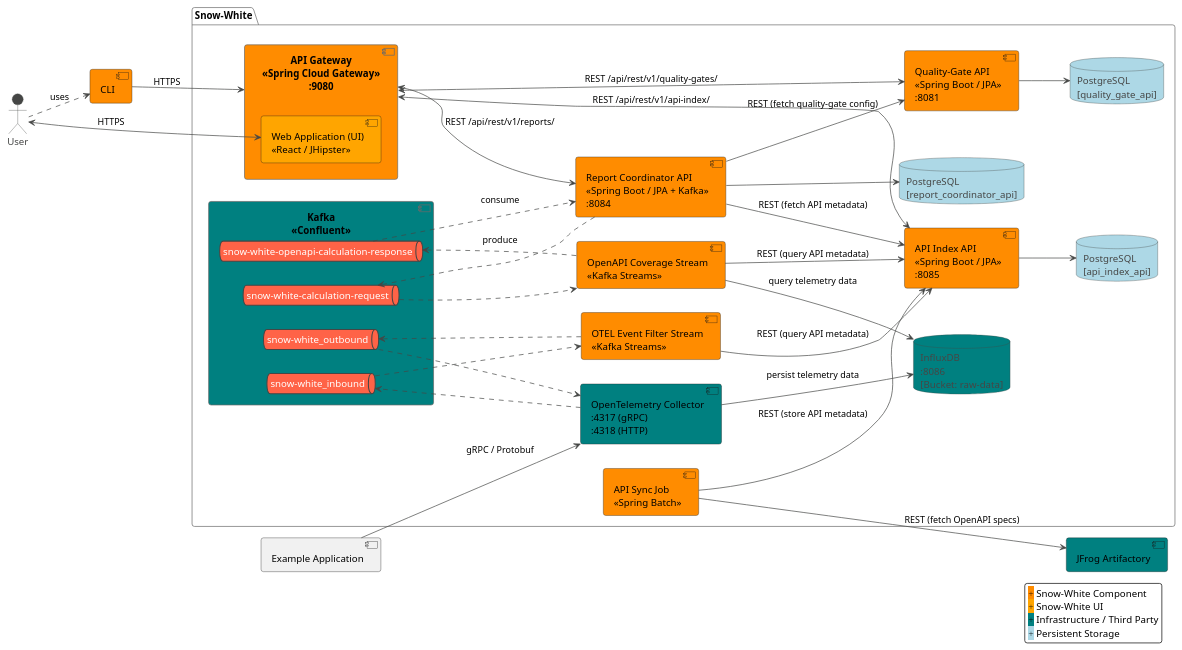
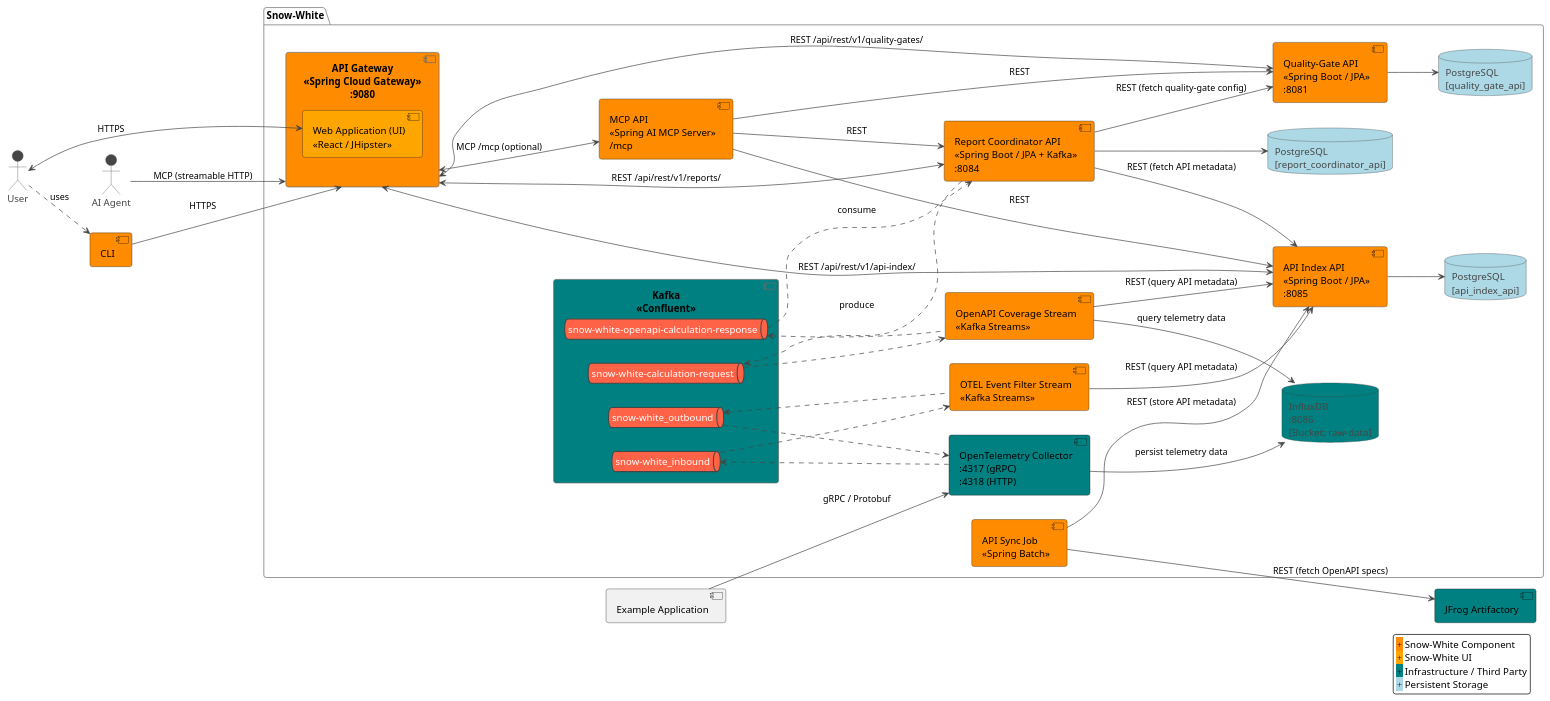
One commit to bbortt/snow-white changed the diagram in pages/architecture-detailed.puml. Above: the diagram before and after it, drawn with PlantUML. The commit also changed 7 other files, not shown here.

First line of the commit message:
docs(pages): describe installation modes and mcp api in architecture

```diff
--- a/pages/architecture-detailed.puml
+++ b/pages/architecture-detailed.puml
@@ -1,111 +1,122 @@
 @startuml
 
 ' Stylin'
 
 !theme vibrant
 left to right direction
 
 ' External actors and systems
 
 actor User as user
 component "CLI" as cli #DarkOrange
+actor "AI Agent" as agent
 
 component "JFrog Artifactory" as artifactory #Teal
 component "Example Application" as app
 
 package "Snow-White" {
 
   ' API Gateway
 
   component "API Gateway\n<<Spring Cloud Gateway>>\n:9080" as gate #DarkOrange {
     component "Web Application (UI)\n<<React / JHipster>>" as ui #Orange
   }
 
   ' Business Microservices
 
   component "API Index API\n<<Spring Boot / JPA>>\n:8085" as index #DarkOrange
   database "PostgreSQL\n[api_index_api]" as db_index #LightBlue
 
   component "API Sync Job\n<<Spring Batch>>" as sync #DarkOrange
 
   component "Quality-Gate API\n<<Spring Boot / JPA>>\n:8081" as qgate #DarkOrange
   database "PostgreSQL\n[quality_gate_api]" as db_qgate #LightBlue
 
   component "Report Coordinator API\n<<Spring Boot / JPA + Kafka>>\n:8084" as coordinator #DarkOrange
   database "PostgreSQL\n[report_coordinator_api]" as db_coordinator #LightBlue
+
+  component "MCP API\n<<Spring AI MCP Server>>\n/mcp" as mcp #DarkOrange
 
   ' Kafka Stream Processors
 
   component "OTEL Event Filter Stream\n<<Kafka Streams>>" as filter #DarkOrange
   component "OpenAPI Coverage Stream\n<<Kafka Streams>>" as coverage #DarkOrange
 
   ' Infrastructure
 
   database "InfluxDB\n:8086\n[Bucket: raw-data]" as influx #Teal
 
   component "Kafka\n<<Confluent>>" #Teal {
     queue "snow-white_inbound" as inbound
     queue "snow-white_outbound" as outbound
     queue "snow-white-calculation-request" as request
     queue "snow-white-openapi-calculation-response" as response
   }
 
   component "OpenTelemetry Collector\n:4317 (gRPC)\n:4318 (HTTP)" as otel #Teal
 }
 
 ' User connections
 
 user <--> ui : HTTPS
 user ..> cli : uses
 cli --> gate : HTTPS
 
 ' Gateway routes
 
 gate <--> index : REST /api/rest/v1/api-index/
 gate <--> qgate : REST /api/rest/v1/quality-gates/
 gate <--> coordinator : REST /api/rest/v1/reports/
+gate <--> mcp : MCP /mcp (optional)
+
+' MCP API (read-only facade)
+
+agent --> gate : MCP (streamable HTTP)
+mcp --> index : REST
+mcp --> qgate : REST
+mcp --> coordinator : REST
 
 ' Report Coordinator dependencies
 
 coordinator --> index : REST (fetch API metadata)
 coordinator --> qgate : REST (fetch quality-gate config)
 coordinator ..> request : produce
 response ..> coordinator : consume
 
 ' Persistent storage
 
 index --> db_index
 qgate --> db_qgate
 coordinator --> db_coordinator
 
 ' API Sync Job
 
 sync ---> artifactory : REST (fetch OpenAPI specs)
 sync --> index : REST (store API metadata)
 
 ' OTEL Event Filter Stream
 
 app --> otel : gRPC / Protobuf
 
 otel ..> inbound
 inbound .down.> filter
 filter --> index : REST (query API metadata)
 filter .up.> outbound
 outbound ..> otel
 otel --> influx : persist telemetry data
 
 ' OpenAPI Coverage Stream
 
 request .down.> coverage
 coverage --> index : REST (query API metadata)
 coverage --> influx : query telemetry data
 coverage .up.> response
 
 legend right
   <back:DarkOrange>+</back> Snow-White Component
   <back:Orange>+</back> Snow-White UI
   <back:Teal>+</back> Infrastructure / Third Party
   <back:LightBlue>+</back> Persistent Storage
 end legend
 
 @enduml
```
